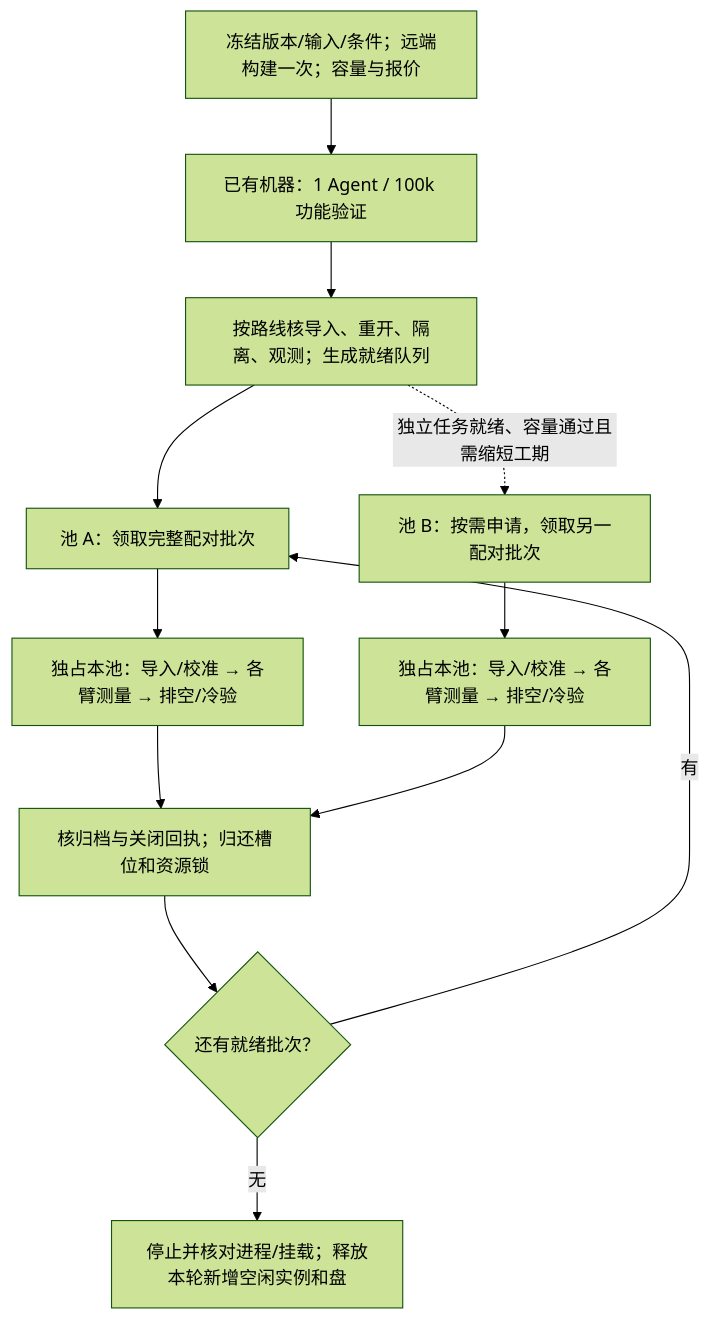
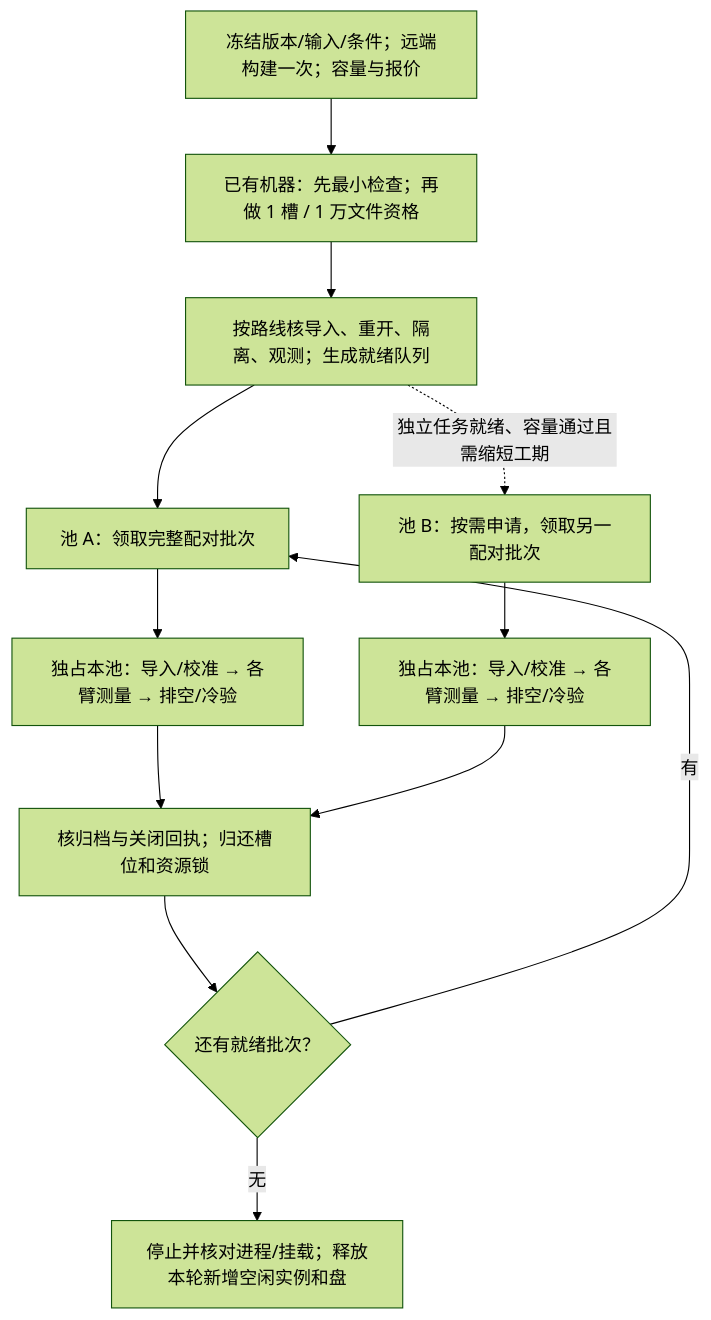
One commit to Ivanbeethoven/ax-multi-agent-experiments changed the diagram in experiments/unified-suite/MAIN-SCALE.zh.md. Above: the diagram before and after it, drawn with Mermaid (forest theme). The commit also changed other lines of this file and 15 other files, not shown here.

````diff
--- a/experiments/unified-suite/MAIN-SCALE.zh.md
+++ b/experiments/unified-suite/MAIN-SCALE.zh.md
@@ -16,14 +18,14 @@
 ```mermaid
 flowchart TD
-  P["冻结版本/输入/条件；远端构建一次；容量与报价"] --> Q["已有机器：1 Agent / 100k 功能验证"]
+  P["冻结版本/输入/条件；远端构建一次；容量与报价"] --> Q["已有机器：先最小检查；再做 1 槽 / 1 万文件资格"]
   Q --> G["按路线核导入、重开、隔离、观测；生成就绪队列"]
   G --> A["池 A：领取完整配对批次"]
   G -. "独立任务就绪、容量通过且需缩短工期" .-> B["池 B：按需申请，领取另一配对批次"]
   A --> LA["独占本池：导入/校准 → 各臂测量 → 排空/冷验"]
   B --> LB["独占本池：导入/校准 → 各臂测量 → 排空/冷验"]
   LA --> R["核归档与关闭回执；归还槽位和资源锁"]
   LB --> R
   R --> D{"还有就绪批次？"}
   D -->|有| A
   D -->|无| X["停止并核对进程/挂载；释放本轮新增空闲实例和盘"]
 ```
````
